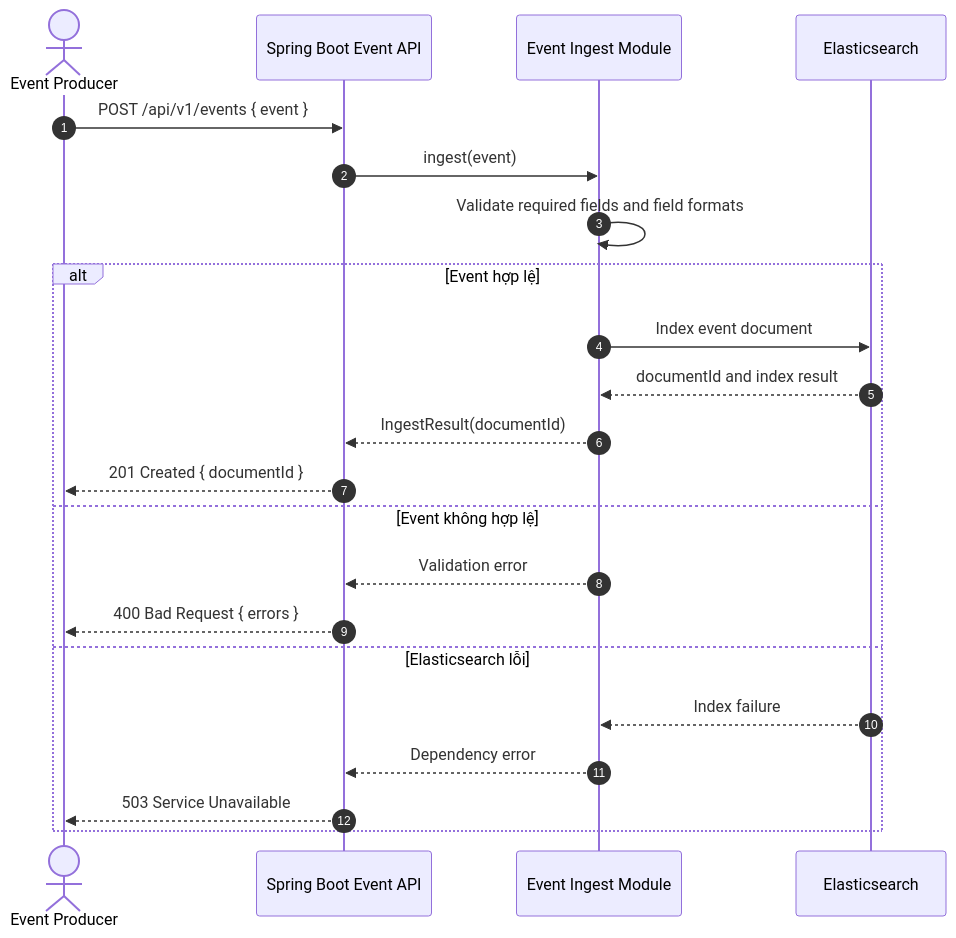
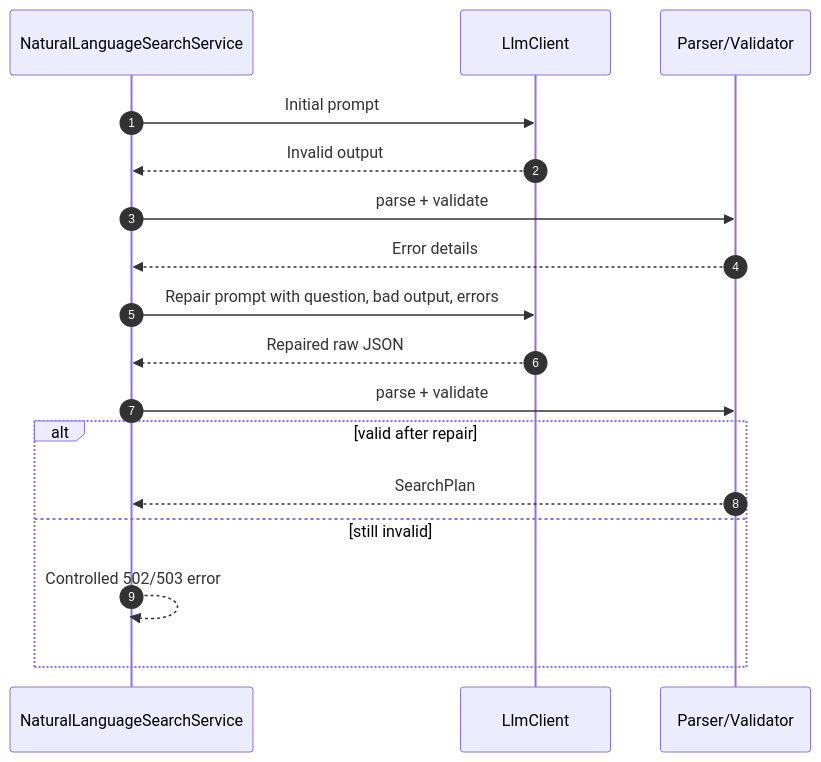
One commit to PhamVanMinhBinhThuan/soc-ai-search changed the third of 9 diagrams in docs/sequence-flow.md. Above: the diagram before and after it, drawn with Mermaid. The commit also changed other lines of this file and 5 other files, not shown here.

````diff
--- a/docs/sequence-flow.md
+++ b/docs/sequence-flow.md
@@ -120,26 +106,21 @@
 ```mermaid
 sequenceDiagram
     autonumber
-    actor Producer as Event Producer
-    participant API as Spring Boot Event API
-    participant Ingest as Event Ingest Module
-    participant ES as Elasticsearch
+    participant NL as NaturalLanguageSearchService
+    participant LLM as LlmClient
+    participant Parser as Parser/Validator
 
-    Producer->>API: POST /api/v1/events { event }
-    API->>Ingest: ingest(event)
-    Ingest->>Ingest: Validate required fields and field formats
+    NL->>LLM: Initial prompt
+    LLM-->>NL: Invalid output
+    NL->>Parser: parse + validate
+    Parser-->>NL: Error details
+    NL->>LLM: Repair prompt with question, bad output, errors
+    LLM-->>NL: Repaired raw JSON
+    NL->>Parser: parse + validate
 
-    alt Event hợp lệ
-        Ingest->>ES: Index event document
-        ES-->>Ingest: documentId and index result
-        Ingest-->>API: IngestResult(documentId)
-        API-->>Producer: 201 Created { documentId }
-    else Event không hợp lệ
-        Ingest-->>API: Validation error
-        API-->>Producer: 400 Bad Request { errors }
-    else Elasticsearch lỗi
-        ES-->>Ingest: Index failure
-        Ingest-->>API: Dependency error
-        API-->>Producer: 503 Service Unavailable
+    alt valid after repair
+        Parser-->>NL: SearchPlan
+    else still invalid
+        NL-->>NL: Controlled 502/503 error
     end
 ```
````
